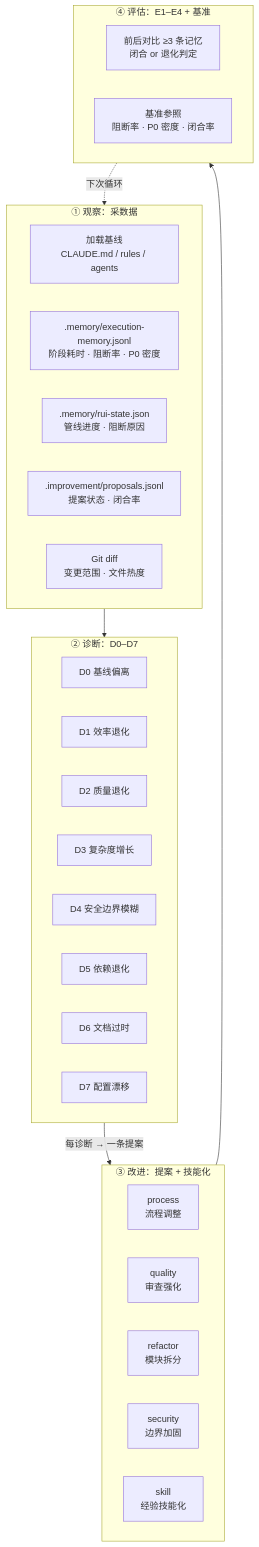
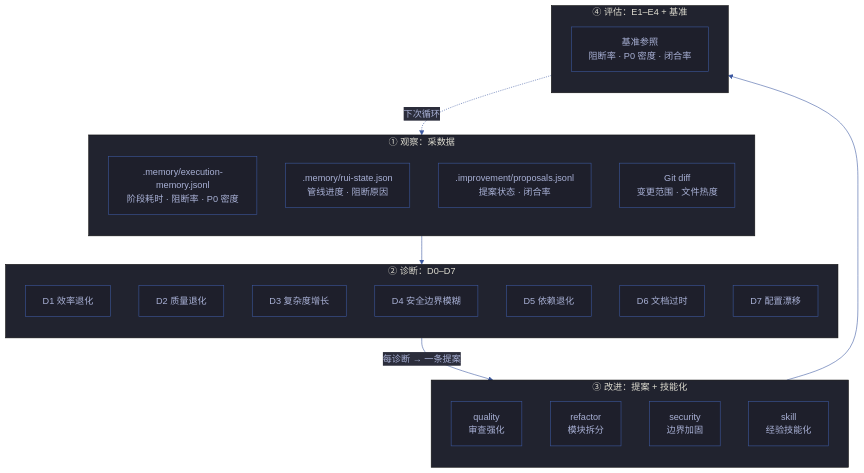
Before and after one commit to effiy/YrY: the first of 6 diagrams in agents/self-improve.md, drawn with Mermaid. The commit also changed other lines of this file and 42 other files, not shown here.

First line of the commit message:
feat: apply Mermaid authoring rules (M1-M12) across entire codebase

````diff
--- a/agents/self-improve.md
+++ b/agents/self-improve.md
@@ -17,40 +17,49 @@
 ```mermaid
+%%{init: {'theme': 'base', 'themeVariables': {
+  'primaryColor': '#1e1f2b',
+  'primaryTextColor': '#a9b1d6',
+  'primaryBorderColor': '#3d59a1',
+  'lineColor': '#3d59a1',
+  'secondaryColor': '#2b2d3b',
+  'tertiaryColor': '#21232f'
+}}}%%
 flowchart TB
     subgraph 观察["① 观察：采数据"]
-        BSL["加载基线<br/>CLAUDE.md / rules / agents"]:::src
+        direction TB
         EXEC[".memory/execution-memory.jsonl<br/>阶段耗时 · 阻断率 · P0 密度"]:::data
         STATE[".memory/rui-state.json<br/>管线进度 · 阻断原因"]:::data
         PROP[".improvement/proposals.jsonl<br/>提案状态 · 闭合率"]:::data
         GIT["Git diff<br/>变更范围 · 文件热度"]:::data
     end
 
     subgraph 诊断["② 诊断：D0–D7"]
-        D0["D0 基线偏离"]:::diag
+        direction TB
         D1["D1 效率退化"]:::diag
         D2["D2 质量退化"]:::diag
         D3["D3 复杂度增长"]:::diag
         D4["D4 安全边界模糊"]:::diag
         D5["D5 依赖退化"]:::diag
         D6["D6 文档过时"]:::diag
         D7["D7 配置漂移"]:::diag
     end
 
     subgraph 改进["③ 改进：提案 + 技能化"]
-        PRC["process<br/>流程调整"]:::prop
+        direction TB
         QLT["quality<br/>审查强化"]:::prop
         REF["refactor<br/>模块拆分"]:::prop
         SEC["security<br/>边界加固"]:::prop
         SKL["skill<br/>经验技能化"]:::prop
     end
 
     subgraph 评估["④ 评估：E1–E4 + 基准"]
-        EVAL["前后对比 ≥3 条记忆<br/>闭合 or 退化判定"]:::eval
+        direction TB
         BENCH["基准参照<br/>阻断率 · P0 密度 · 闭合率"]:::eval
     end
 
     观察 --> 诊断
     诊断 -->|"每诊断 → 一条提案"| 改进
     改进 --> 评估
     评估 -.->|"下次循环"| 观察
 
+
 ```
````
